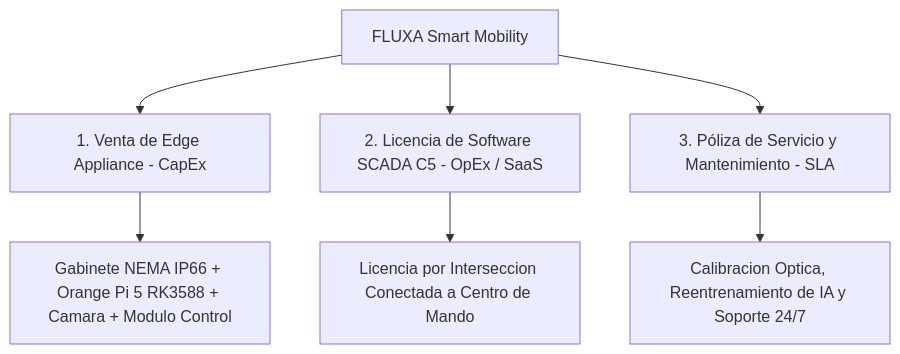
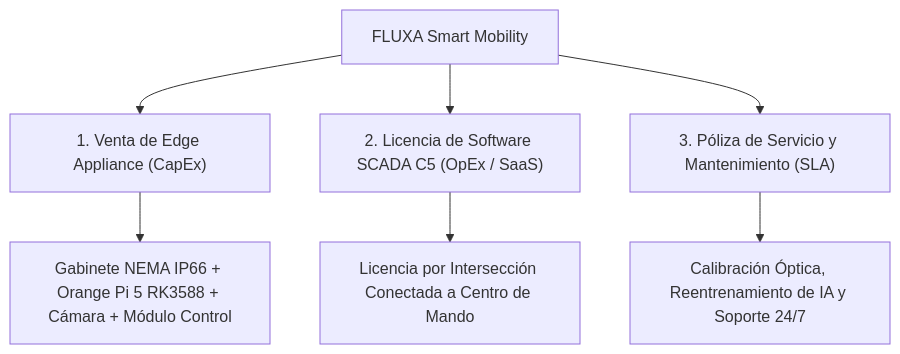
Before and after one commit to Pozole98/fluxa-smart-city: the diagram in docs/MODELO_NEGOCIO_B2G.md, drawn with Mermaid. The commit also changed 4 other files, not shown here.

Commit message:
fix(docs): corregir sintaxis de diagramas Mermaid para renderizado nativo en GitHub

````diff
--- a/docs/MODELO_NEGOCIO_B2G.md
+++ b/docs/MODELO_NEGOCIO_B2G.md
@@ -42,10 +42,10 @@
 ```mermaid
-graph TD
-    A[FLUXA Smart Mobility] --> B[1. Venta de Edge Appliance - CapEx]
-    A --> C[2. Licencia de Software SCADA C5 - OpEx / SaaS]
-    A --> D[3. Póliza de Servicio y Mantenimiento - SLA]
+flowchart TD
+    A["FLUXA Smart Mobility"] --> B["1. Venta de Edge Appliance (CapEx)"]
+    A --> C["2. Licencia de Software SCADA C5 (OpEx / SaaS)"]
+    A --> D["3. Póliza de Servicio y Mantenimiento (SLA)"]
 
-    B --> B1[Gabinete NEMA IP66 + Orange Pi 5 RK3588 + Camara + Modulo Control]
-    C --> C1[Licencia por Interseccion Conectada a Centro de Mando]
-    D --> D1[Calibracion Optica, Reentrenamiento de IA y Soporte 24/7]
+    B --> B1["Gabinete NEMA IP66 + Orange Pi 5 RK3588 + Cámara + Módulo Control"]
+    C --> C1["Licencia por Intersección Conectada a Centro de Mando"]
+    D --> D1["Calibración Óptica, Reentrenamiento de IA y Soporte 24/7"]
 ```
````
